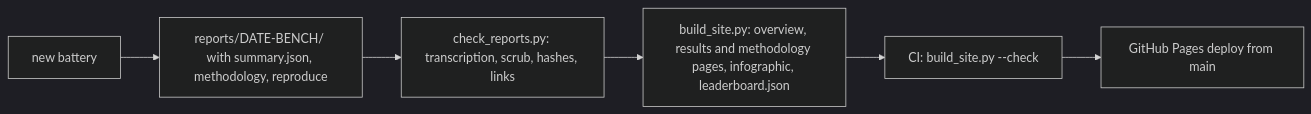
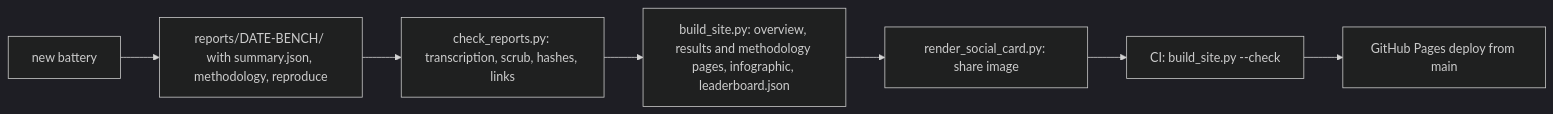
The sixth of 7 diagrams in README.md (laceyenterprises/searchlight), drawn with Mermaid (dark theme) before and after one commit. The commit also changed other lines of this file and 8 other files, not shown here.

First line of the commit message:
[claude-code] (site) Add a social card and link-preview metadata

````diff
--- a/README.md
+++ b/README.md
@@ -375,8 +382,9 @@
 ```mermaid
 flowchart LR
   N["new battery"] --> R["reports/DATE-BENCH/ with summary.json, methodology, reproduce"]
   R --> C["check_reports.py: transcription, scrub, hashes, links"]
   C --> B["build_site.py: overview, results and methodology pages, infographic, leaderboard.json"]
-  B --> K["CI: build_site.py --check"]
+  B --> S["render_social_card.py: share image"]
+  S --> K["CI: build_site.py --check"]
   K --> P["GitHub Pages deploy from main"]
 ```
````
